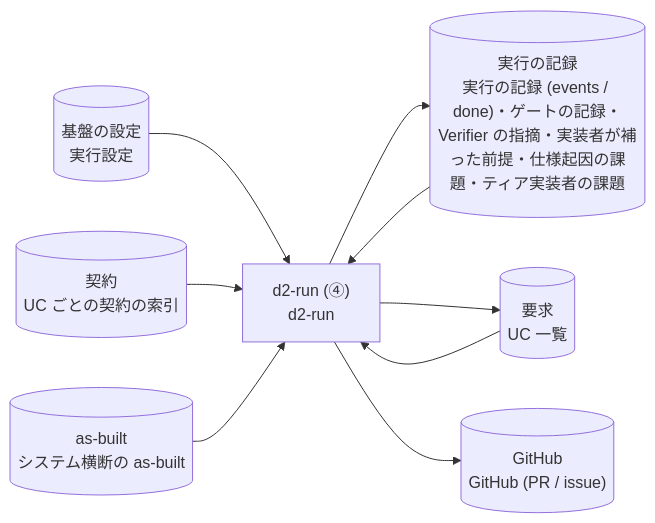
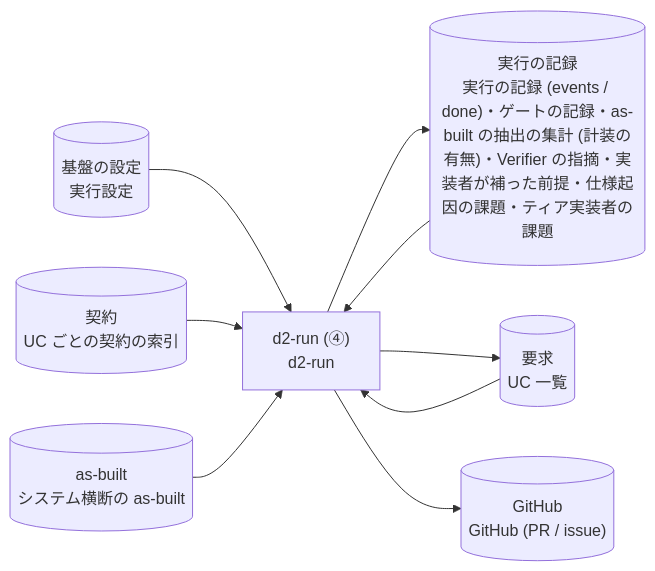
Before and after one commit to suwa-sh/suwa-sh-claude-plugins: diagram 24 of 34 in plugins/distillery2/skills/d2-common/references/dataflow.md, drawn with Mermaid. The commit also changed other lines of this file and 16 other files, not shown here.

````diff
--- a/plugins/distillery2/skills/d2-common/references/dataflow.md
+++ b/plugins/distillery2/skills/d2-common/references/dataflow.md
@@ -663,18 +632,18 @@
 ```mermaid
 flowchart LR
   p_run_uc["d2-run (④)<br/>d2-run"]
   g_settings[("基盤の設定<br/>実行設定")]
   g_requirements[("要求<br/>UC 一覧")]
-  g_run[("実行の記録<br/>実行の記録 (events / done)・ゲートの記録・Verifier の指摘・実装者が補った前提・仕様起因の課題・ティア実装者の課題")]
+  g_run[("実行の記録<br/>実行の記録 (events / done)・ゲートの記録・as-built の抽出の集計 (計装の有無)・Verifier の指摘・実装者が補った前提・仕様起因の課題・ティア実装者の課題")]
   g_contracts[("契約<br/>UC ごとの契約の索引")]
   g_asbuilt[("as-built<br/>システム横断の as-built")]
   g_github[("GitHub<br/>GitHub (PR / issue)")]
   g_settings --> p_run_uc
   g_requirements --> p_run_uc
   g_run --> p_run_uc
   g_contracts --> p_run_uc
   g_asbuilt --> p_run_uc
   p_run_uc --> g_run
   p_run_uc --> g_requirements
   p_run_uc --> g_github
 ```
````
